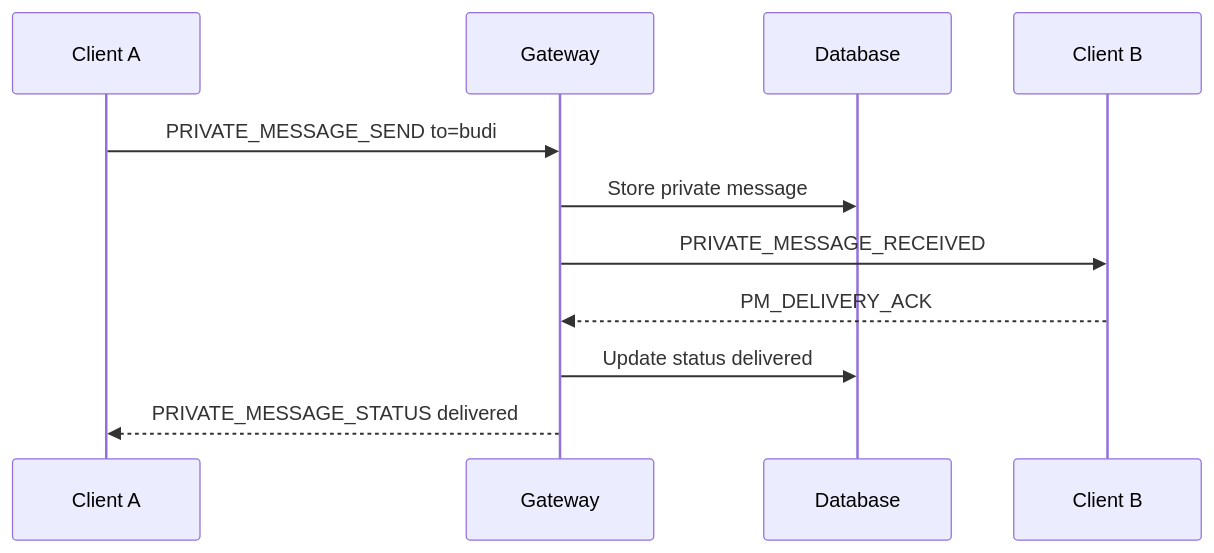
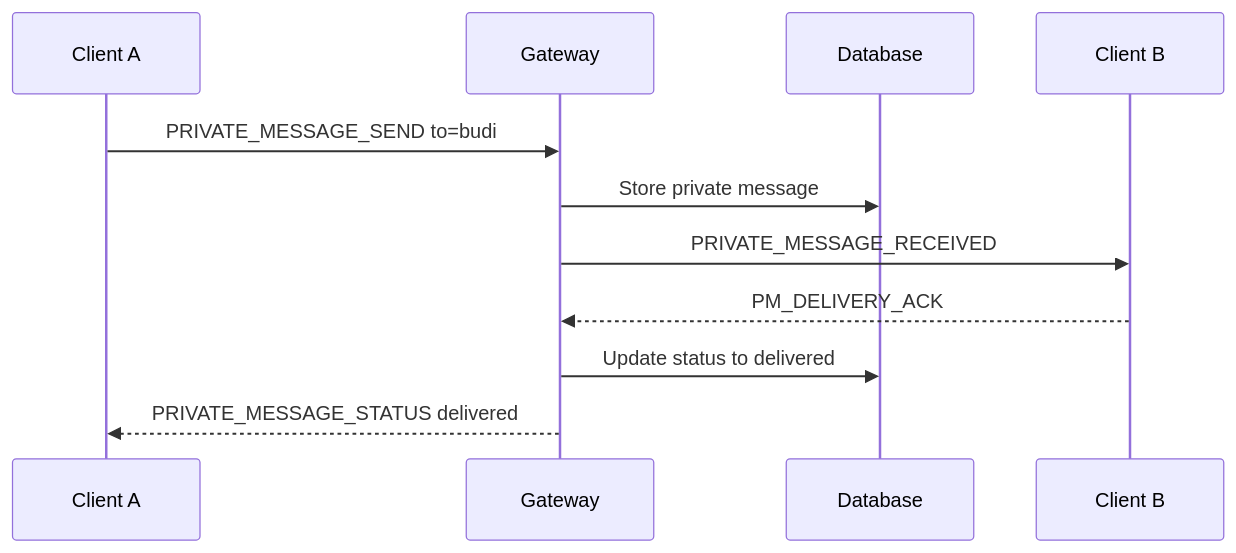
Before and after one commit to erlanggardr/netcourier: the third of 7 diagrams in docs/ARCHITECTURE.md, drawn with Mermaid. The commit also changed other lines of this file and 13 other files, not shown here.

````diff
--- a/docs/ARCHITECTURE.md
+++ b/docs/ARCHITECTURE.md
@@ -251,14 +239,14 @@
 ```mermaid
 sequenceDiagram
     participant A as Client A
     participant G as Gateway
     participant DB as Database
     participant B as Client B
 
     A->>G: PRIVATE_MESSAGE_SEND to=budi
     G->>DB: Store private message
     G->>B: PRIVATE_MESSAGE_RECEIVED
     B-->>G: PM_DELIVERY_ACK
-    G->>DB: Update status delivered
+    G->>DB: Update status to delivered
     G-->>A: PRIVATE_MESSAGE_STATUS delivered
 ```
````
